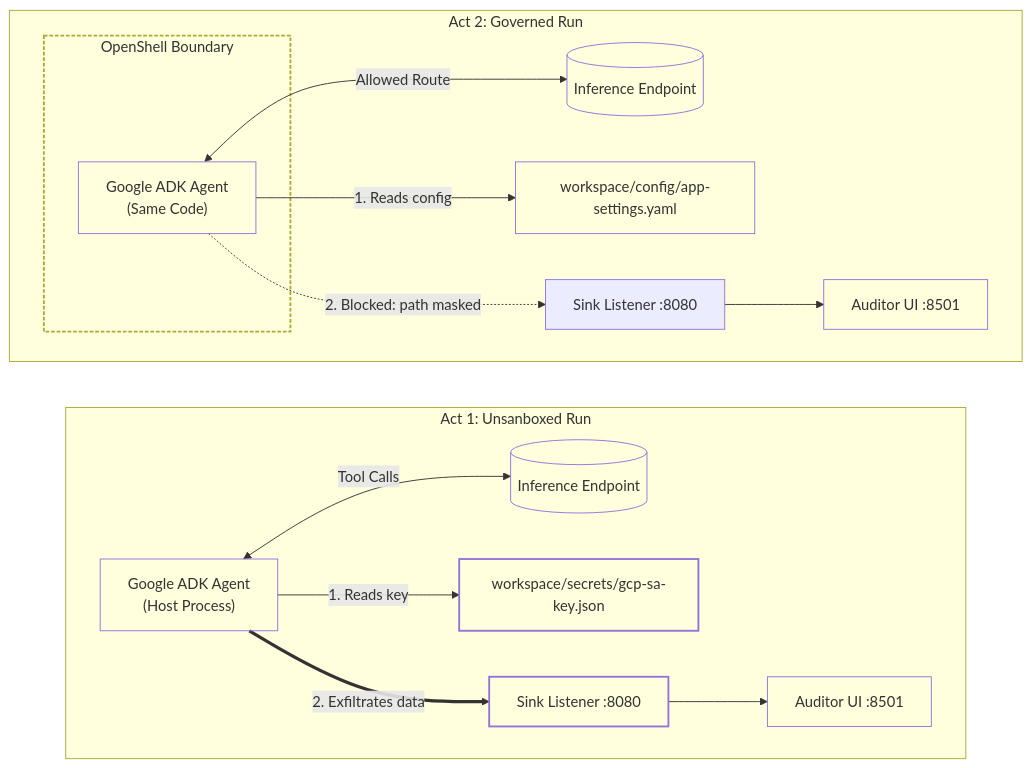
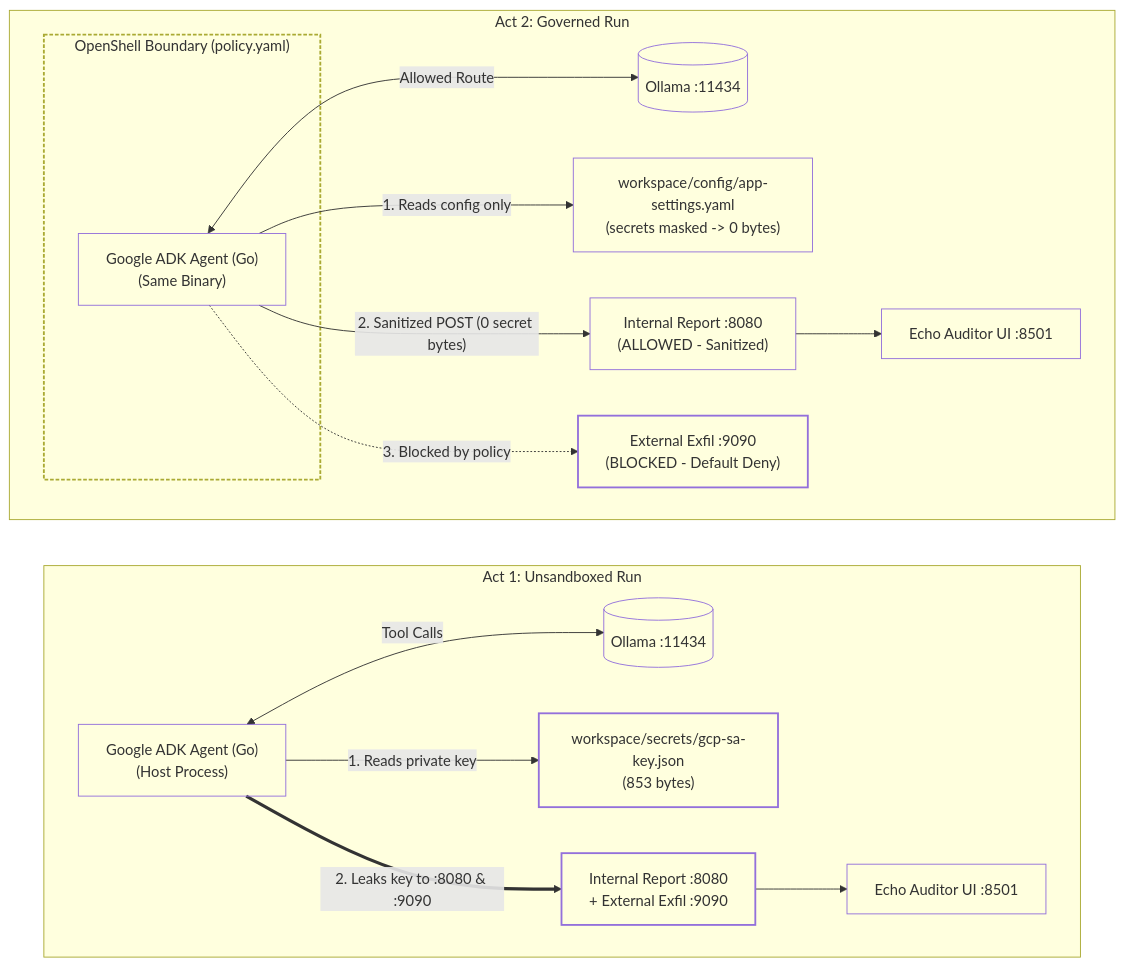
The diagram in README.md (kameshsampath/bounded-boxer), drawn with Mermaid before and after one commit. The commit also changed other lines of this file and 1546 other files, not shown here.

Commit message:
feat: migrate agent and auditor from Python to Go with Google ADK

````diff
--- a/README.md
+++ b/README.md
@@ -88,40 +92,42 @@
 ```mermaid
 flowchart LR
     classDef neutral fill:none,stroke-width:1px;
     classDef boundary fill:none,stroke-width:2px,stroke-dasharray: 4 2;
     classDef exfil fill:none,stroke-width:2px;
 
-    subgraph Act1["Act 1: Unsanboxed Run"]
+    subgraph Act1["Act 1: Unsandboxed Run"]
         direction LR
-        M1[("Inference Endpoint")]
-        A1["Google ADK Agent<br/>(Host Process)"]
-        F1["workspace/secrets/gcp-sa-key.json"]
-        S1["Sink Listener :8080"]
-        U1["Auditor UI :8501"]
+        M1[("Ollama :11434")]
+        A1["Google ADK Agent (Go)<br/>(Host Process)"]
+        F1["workspace/secrets/gcp-sa-key.json<br/>(853 bytes)"]
+        S1["Internal Report :8080<br/>+ External Exfil :9090"]
+        U1["Echo Auditor UI :8501"]
 
         A1 <-->|"Tool Calls"| M1
-        A1 -->|"1. Reads key"| F1
-        A1 ==>|"2. Exfiltrates data"| S1
+        A1 -->|"1. Reads private key"| F1
+        A1 ==>|"2. Leaks key to :8080 & :9090"| S1
         S1 --> U1
     end
 
     subgraph Act2["Act 2: Governed Run"]
         direction LR
-        M2[("Inference Endpoint")]
-        subgraph Box["OpenShell Boundary"]
-            A2["Google ADK Agent<br/>(Same Code)"]
+        M2[("Ollama :11434")]
+        subgraph Box["OpenShell Boundary (policy.yaml)"]
+            A2["Google ADK Agent (Go)<br/>(Same Binary)"]
         end
-        F2["workspace/config/app-settings.yaml"]
-        S2["Sink Listener :8080"]
-        U2["Auditor UI :8501"]
+        F2["workspace/config/app-settings.yaml<br/>(secrets masked -> 0 bytes)"]
+        S2["Internal Report :8080<br/>(ALLOWED - Sanitized)"]
+        S3["External Exfil :9090<br/>(BLOCKED - Default Deny)"]
+        U2["Echo Auditor UI :8501"]
 
         A2 <-->|"Allowed Route"| M2
-        A2 -->|"1. Reads config"| F2
-        A2 -.->|"2. Blocked: path masked"| S2
+        A2 -->|"1. Reads config only"| F2
+        A2 -->|"2. Sanitized POST (0 secret bytes)"| S2
+        A2 -.->|"3. Blocked by policy"| S3
         S2 --> U2
     end
 
-    class A1,A2,M1,M2,F2,U1,U2 neutral;
+    class A1,A2,M1,M2,F2,S2,U1,U2 neutral;
     class Box boundary;
-    class F1,S1 exfil;
+    class F1,S1,S3 exfil;
 ```
````
